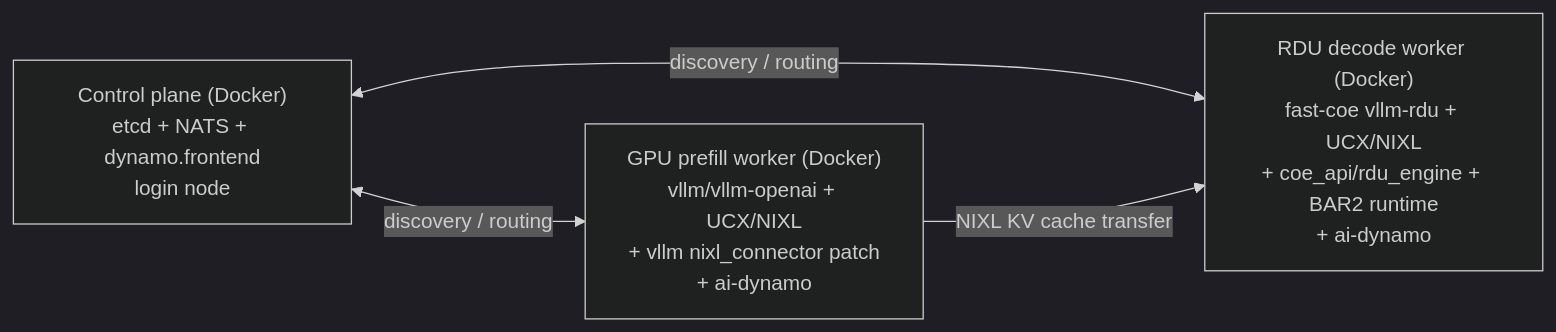
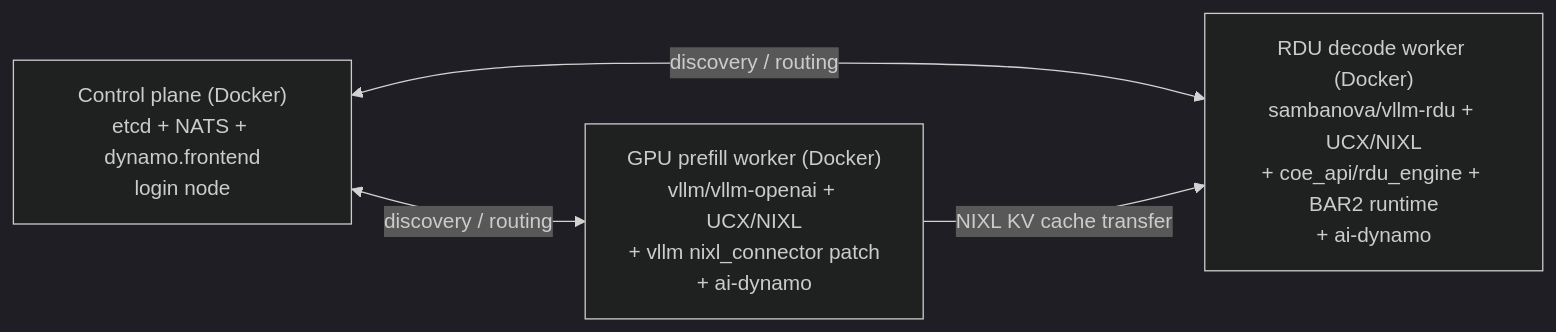
The diagram in README.md (andychensn/rdu-hdi), drawn with Mermaid (dark theme) before and after one commit. The commit also changed other lines of this file and 13 other files, not shown here.

````diff
--- a/README.md
+++ b/README.md
@@ -10,10 +10,10 @@
 ```mermaid
 flowchart LR
     CP["Control plane (Docker)<br/>etcd + NATS + dynamo.frontend<br/>login node"]
     GPU["GPU prefill worker (Docker)<br/>vllm/vllm-openai + UCX/NIXL<br/>+ vllm nixl_connector patch<br/>+ ai-dynamo"]
-    RDU["RDU decode worker (Docker)<br/>fast-coe vllm-rdu + UCX/NIXL<br/>+ coe_api/rdu_engine + BAR2 runtime<br/>+ ai-dynamo"]
+    RDU["RDU decode worker (Docker)<br/>sambanova/vllm-rdu + UCX/NIXL<br/>+ coe_api/rdu_engine + BAR2 runtime<br/>+ ai-dynamo"]
 
     CP <-->|discovery / routing| GPU
     CP <-->|discovery / routing| RDU
     GPU -->|NIXL KV cache transfer| RDU
 ```
````
